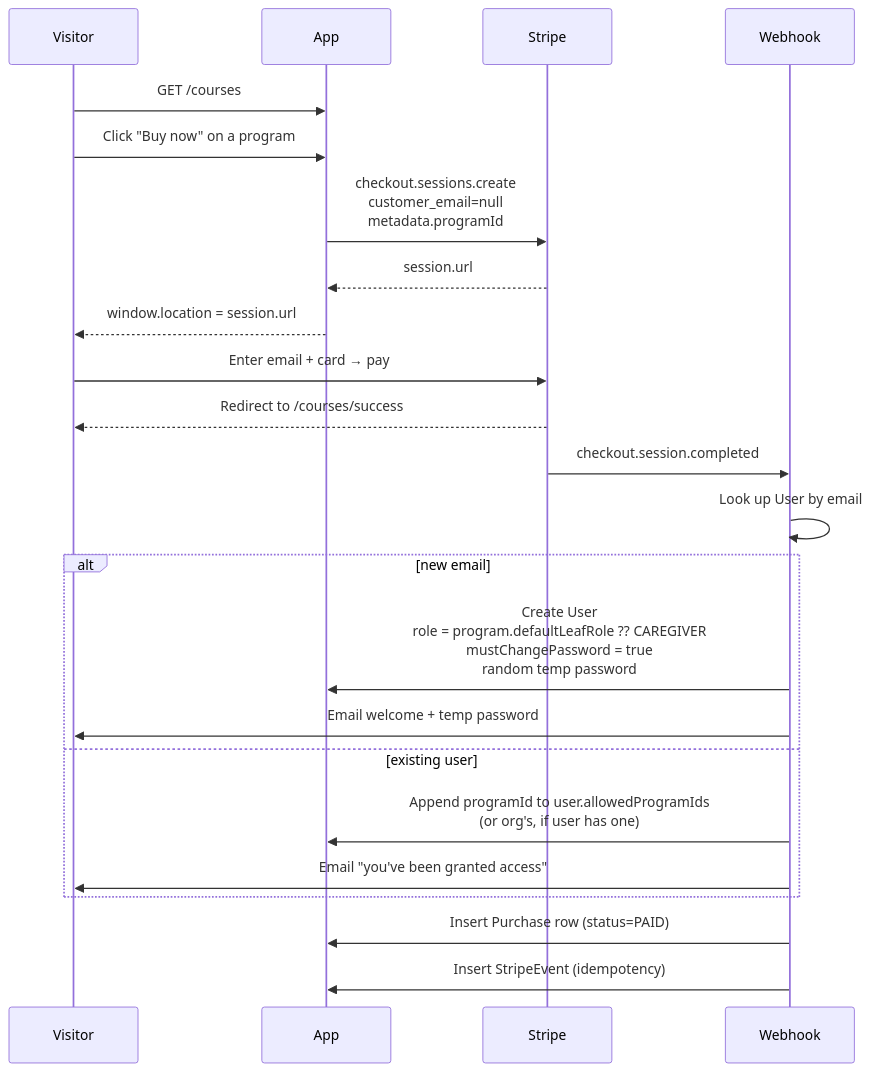
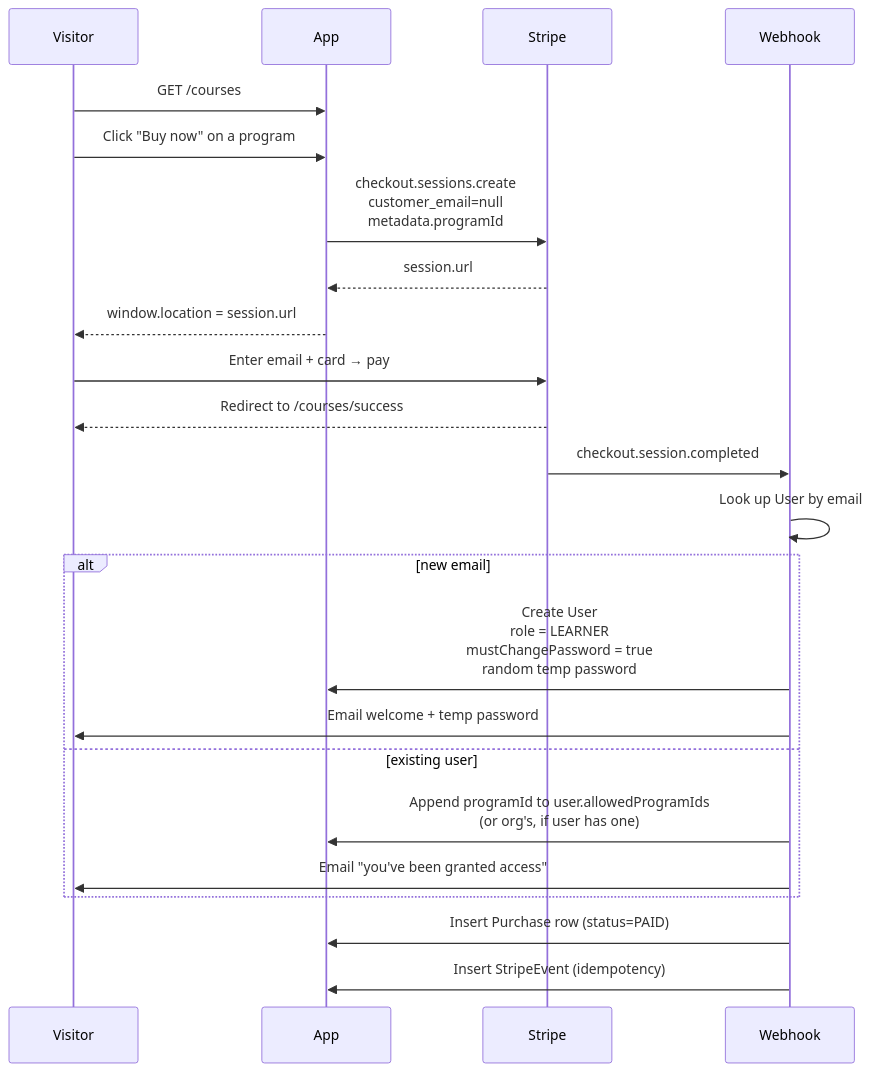
Before and after one commit to Hodgy007/asd-training-app: the second of 6 diagrams in docs/stripe.md, drawn with Mermaid. The commit also changed other lines of this file and 23 other files, not shown here.

````diff
--- a/docs/stripe.md
+++ b/docs/stripe.md
@@ -154,26 +143,26 @@
 ```mermaid
 sequenceDiagram
   participant Visitor
   participant App
   participant Stripe
   participant Webhook
 
   Visitor->>App: GET /courses
   Visitor->>App: Click "Buy now" on a program
   App->>Stripe: checkout.sessions.create<br/>customer_email=null<br/>metadata.programId
   Stripe-->>App: session.url
   App-->>Visitor: window.location = session.url
   Visitor->>Stripe: Enter email + card → pay
   Stripe-->>Visitor: Redirect to /courses/success
   Stripe->>Webhook: checkout.session.completed
   Webhook->>Webhook: Look up User by email
   alt new email
-    Webhook->>App: Create User<br/>role = program.defaultLeafRole ?? CAREGIVER<br/>mustChangePassword = true<br/>random temp password
+    Webhook->>App: Create User<br/>role = LEARNER<br/>mustChangePassword = true<br/>random temp password
     Webhook->>Visitor: Email welcome + temp password
   else existing user
     Webhook->>App: Append programId to user.allowedProgramIds<br/>(or org's, if user has one)
     Webhook->>Visitor: Email "you've been granted access"
   end
   Webhook->>App: Insert Purchase row (status=PAID)
   Webhook->>App: Insert StripeEvent (idempotency)
 ```
````
